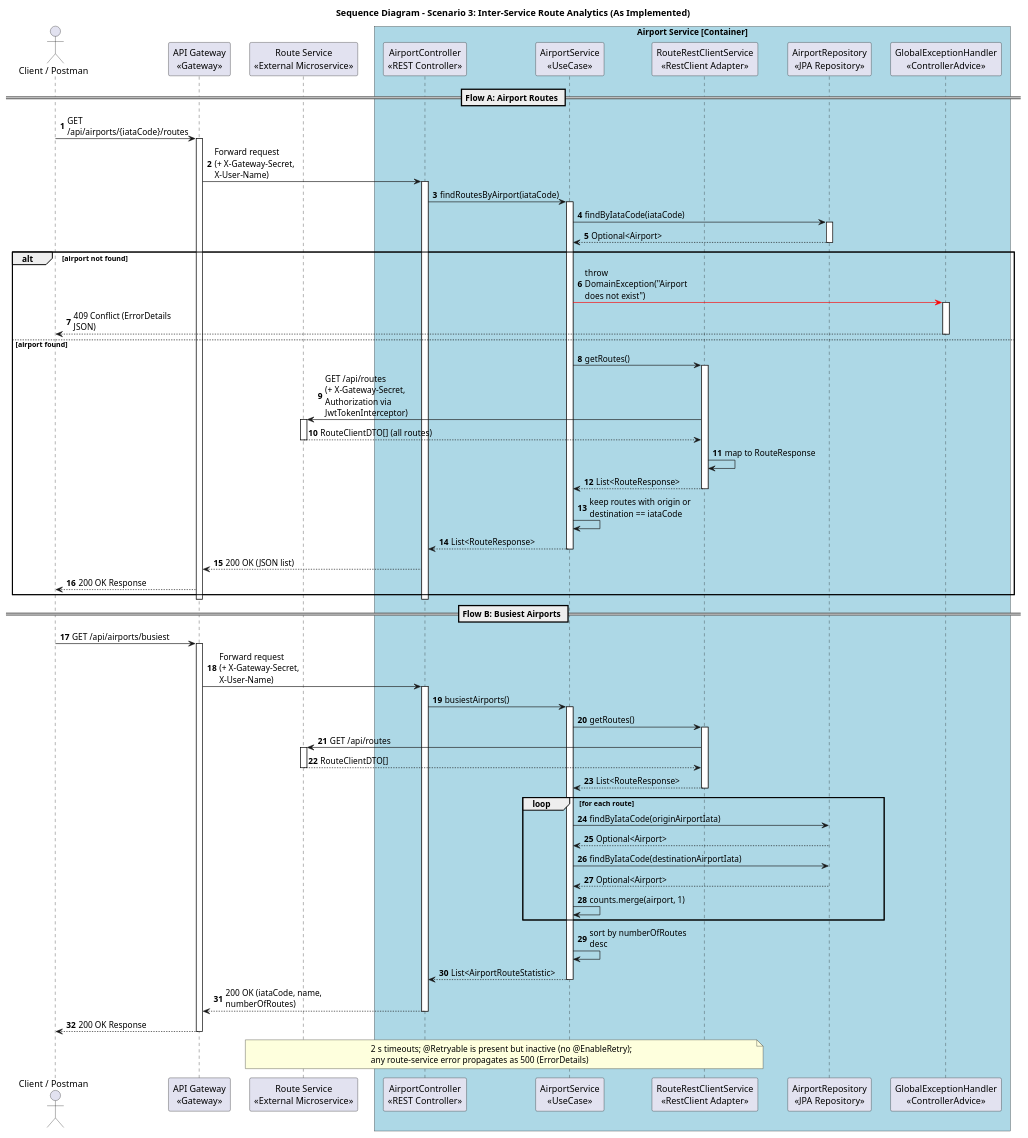
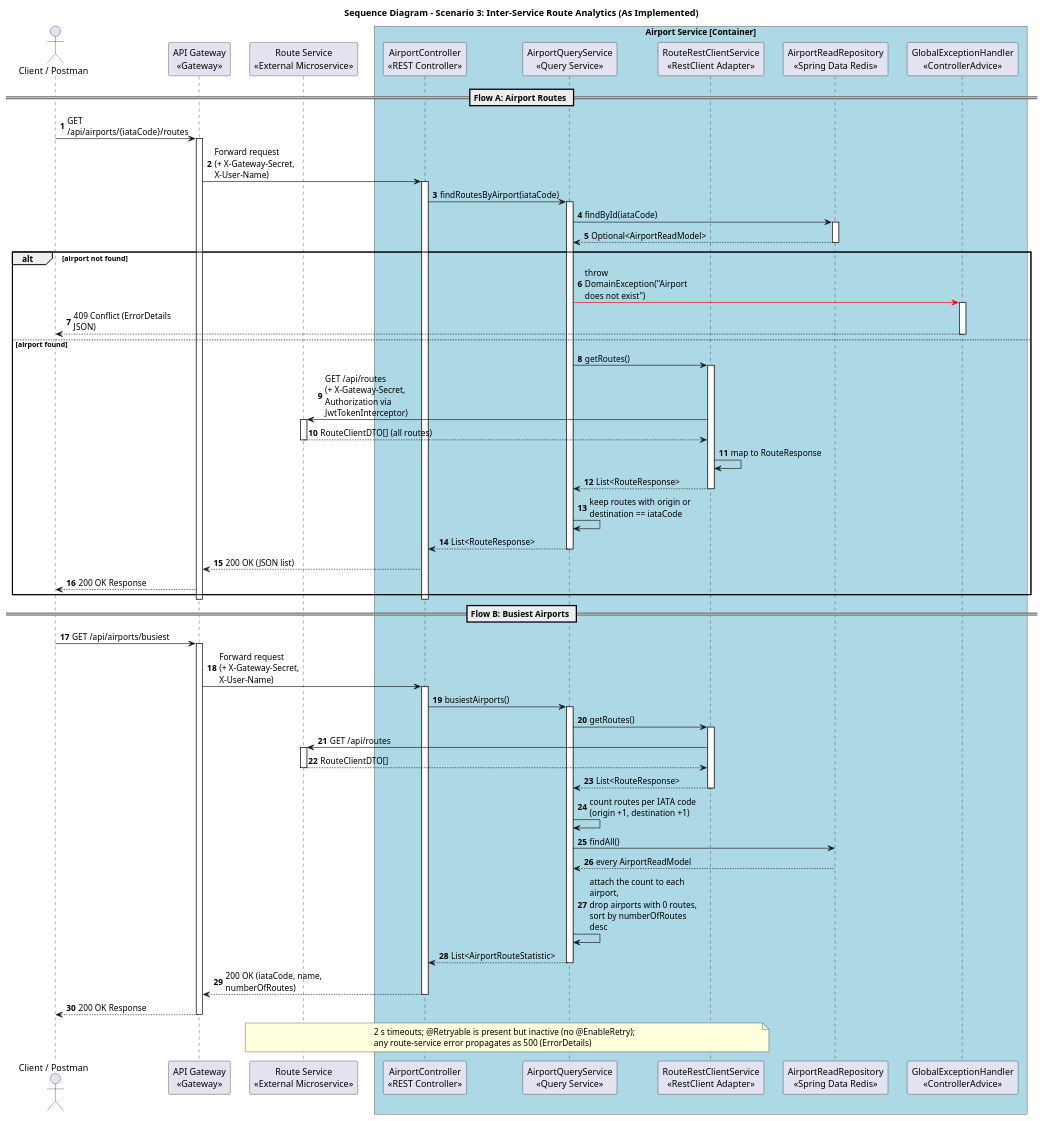
The diagram in airport-service/docs/sequence-diagrams/scenario-3-route-analytics.puml (8126Lucas/SIDIS_G6_3DA), drawn with PlantUML before and after one commit. The commit also changed 10 other files, not shown here.

Commit message:
Update sequence diagrams and documentation for clarity and accuracy

```diff
--- a/airport-service/docs/sequence-diagrams/scenario-3-route-analytics.puml
+++ b/airport-service/docs/sequence-diagrams/scenario-3-route-analytics.puml
@@ -1,104 +1,99 @@
 @startuml
 skinparam responseMessageBelowArrow true
 skinparam maxMessageSize 180
 skinparam boxPadding 10
 skinparam participantPadding 10
 skinparam shadowing false
 
 title Sequence Diagram - Scenario 3: Inter-Service Route Analytics (As Implemented)
 
 autonumber
 
 actor "Client / Postman" as client
 participant "API Gateway\n<<Gateway>>" as gateway
 participant "AirportController\n<<REST Controller>>" as controller
-participant "AirportService\n<<UseCase>>" as airport_uc
+participant "AirportQueryService\n<<Query Service>>" as airport_uc
 participant "RouteRestClientService\n<<RestClient Adapter>>" as route_client
-participant "AirportRepository\n<<JPA Repository>>" as repo
+participant "AirportReadRepository\n<<Spring Data Redis>>" as repo
 participant "GlobalExceptionHandler\n<<ControllerAdvice>>" as exception_handler
 participant "Route Service\n<<External Microservice>>" as route_api
 
 box "Airport Service [Container]" #LightBlue
     participant controller
     participant airport_uc
     participant route_client
     participant repo
     participant exception_handler
 end box
 
 == Flow A: Airport Routes ==
 
 client -> gateway : GET /api/airports/{iataCode}/routes
 activate gateway
 gateway -> controller : Forward request\n(+ X-Gateway-Secret, X-User-Name)
 activate controller
 
 controller -> airport_uc : findRoutesByAirport(iataCode)
 activate airport_uc
-airport_uc -> repo : findByIataCode(iataCode)
+airport_uc -> repo : findById(iataCode)
 activate repo
-repo --> airport_uc : Optional<Airport>
+repo --> airport_uc : Optional<AirportReadModel>
 deactivate repo
 
 alt airport not found
     airport_uc -[#red]> exception_handler : throw DomainException("Airport does not exist")
     activate exception_handler
     exception_handler --> client : 409 Conflict (ErrorDetails JSON)
     deactivate exception_handler
 else airport found
     airport_uc -> route_client : getRoutes()
     activate route_client
     route_client -> route_api : GET /api/routes\n(+ X-Gateway-Secret, Authorization via JwtTokenInterceptor)
     activate route_api
     route_api --> route_client : RouteClientDTO[] (all routes)
     deactivate route_api
     route_client -> route_client : map to RouteResponse
     route_client --> airport_uc : List<RouteResponse>
     deactivate route_client
     airport_uc -> airport_uc : keep routes with origin or destination == iataCode
     airport_uc --> controller : List<RouteResponse>
     deactivate airport_uc
     controller --> gateway : 200 OK (JSON list)
     gateway --> client : 200 OK Response
 end
 deactivate controller
 deactivate gateway
 
 == Flow B: Busiest Airports ==
 
 client -> gateway : GET /api/airports/busiest
 activate gateway
 gateway -> controller : Forward request\n(+ X-Gateway-Secret, X-User-Name)
 activate controller
 
 controller -> airport_uc : busiestAirports()
 activate airport_uc
 
 airport_uc -> route_client : getRoutes()
 activate route_client
 route_client -> route_api : GET /api/routes
 activate route_api
 route_api --> route_client : RouteClientDTO[]
 deactivate route_api
 route_client --> airport_uc : List<RouteResponse>
 deactivate route_client
 
-loop for each route
-    airport_uc -> repo : findByIataCode(originAirportIata)
-    repo --> airport_uc : Optional<Airport>
-    airport_uc -> repo : findByIataCode(destinationAirportIata)
-    repo --> airport_uc : Optional<Airport>
-    airport_uc -> airport_uc : counts.merge(airport, 1)
-end
-
-airport_uc -> airport_uc : sort by numberOfRoutes desc
+airport_uc -> airport_uc : count routes per IATA code\n(origin +1, destination +1)
+airport_uc -> repo : findAll()
+repo --> airport_uc : every AirportReadModel
+airport_uc -> airport_uc : attach the count to each airport,\ndrop airports with 0 routes,\nsort by numberOfRoutes desc
 airport_uc --> controller : List<AirportRouteStatistic>
 deactivate airport_uc
 controller --> gateway : 200 OK (iataCode, name, numberOfRoutes)
 deactivate controller
 gateway --> client : 200 OK Response
 deactivate gateway
 
 note over route_client, route_api : 2 s timeouts; @Retryable is present but inactive (no @EnableRetry);\nany route-service error propagates as 500 (ErrorDetails)
 
 @enduml
```
